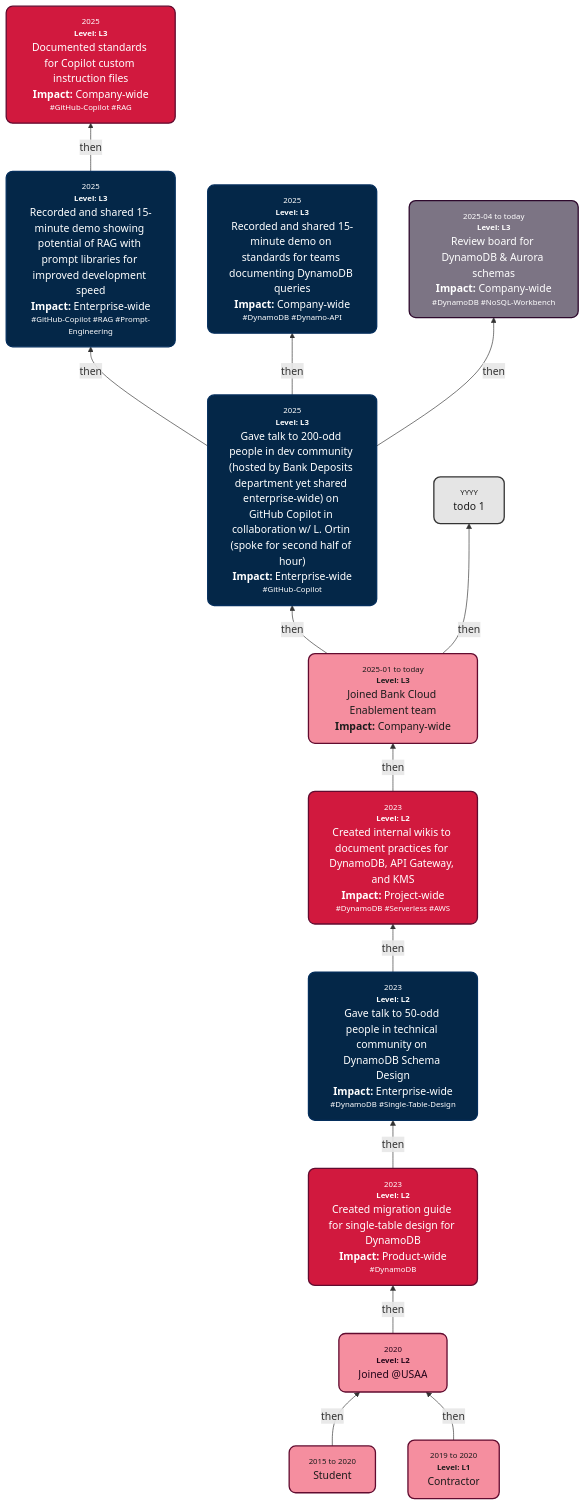
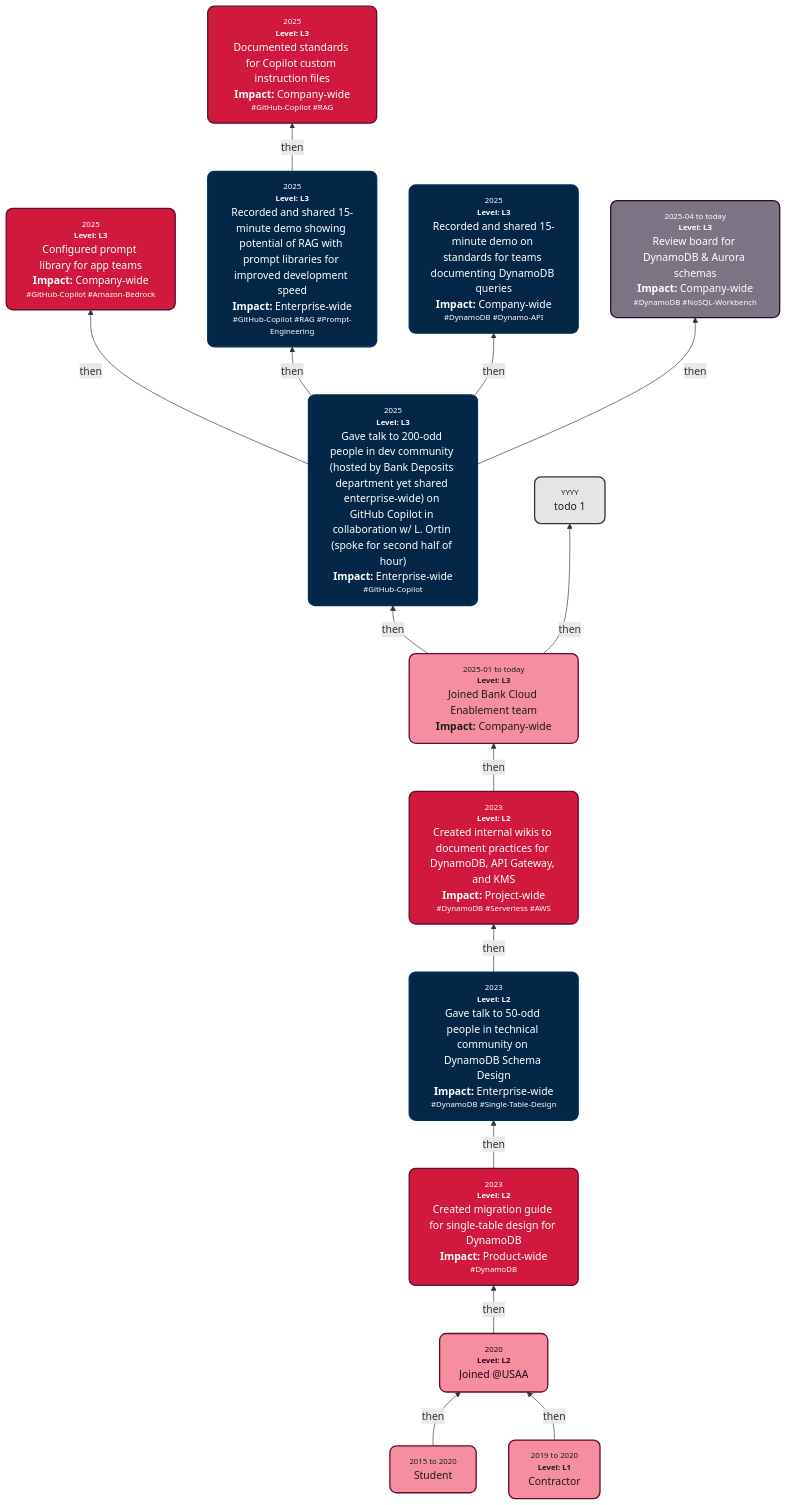
Before and after one commit to s-sepanski/portfolio: the diagram in README.md, drawn with Mermaid.

Commit message:
task: add node

````diff
--- a/README.md
+++ b/README.md
@@ -39,30 +39,32 @@
 ```mermaid
 graph BT
     PreStudentNode["<div style='font-size:75%;  color:#848484; text-align:center;'>2015 to 2020</div>Student"] -->|then| A["<div style='font-size:75%; color:#848484; text-align:center;'>2020</div><div style='font-size:75%; color:#848484; text-align:center;'><b>Level: L2</b><br/></div>Joined @USAA<br>"]
     ContractorNode["<div style='font-size:75%; color:#848484; text-align:center;'>2019 to 2020</div><div style='font-size:75%; color:#848484; text-align:center;'><b>Level: L1</b></div>Contractor"] -->|then| A
     A -->|then| Creation1["<div style='font-size:75%; color:#848484; text-align:center;'>2023</div><div style='font-size:75%; color:#848484; text-align:center;'><b>Level: L2</b><br/></div>Created migration guide for single-table design for DynamoDB<br/><b>Impact: </b>Product-wide<div style='font-size:75%; color:#848484; text-align:center;'>#DynamoDB<br/></div>"]
     Creation1 -->|then| Chat["<div style='font-size:75%; color:#848484; text-align:center;'>2023</div><div style='font-size:75%; color:#848484; text-align:center;'><b>Level: L2</b><br/></div>Gave talk to 50-odd people in technical community on DynamoDB Schema Design<br/><b>Impact: </b>Enterprise-wide<div style='font-size:75%; color:#848484; text-align:center;'>#DynamoDB #Single-Table-Design<br/></div>"]
     Chat -->|then| Creation2["<div style='font-size:75%; color:#848484; text-align:center;'>2023</div><div style='font-size:75%; color:#848484; text-align:center;'><b>Level: L2</b><br/></div>Created internal wikis to document practices for DynamoDB, API Gateway, and KMS<br/><b>Impact: </b>Project-wide<div style='font-size:75%; color:#848484; text-align:center;'>#DynamoDB #Serverless #AWS<br/></div>"]
     Creation2 -->|then| B["<div style='font-size:75%; color:#848484; text-align:center;'>2025-01 to today</div><div style='font-size:75%; color:#848484; text-align:center;'><b>Level: L3</b><br/></div>Joined Bank Cloud Enablement team<br/><b>Impact: </b>Company-wide"]
     B -->|then| C["<div style='font-size:75%; color:#848484; text-align:center;'>2025</div><div style='font-size:75%; color:#848484; text-align:center;'><b>Level: L3</b><br/></div>Gave talk to 200-odd people in dev community (hosted by Bank Deposits department yet shared enterprise-wide) on GitHub Copilot in collaboration w/ L. Ortin (spoke for second half of hour)<br/><b>Impact: </b>Enterprise-wide<div style='font-size:75%; color:#848484; text-align:center;'>#GitHub-Copilot<br/></div>"]
+    C -->|then| CreationPromptLib["<div style='font-size:75%; color:#848484; text-align:center;'>2025</div><div style='font-size:75%; color:#848484; text-align:center;'><b>Level: L3</b><br/></div>Configured prompt library for app teams<br/><b>Impact: </b>Company-wide<div style='font-size:75%; color:#848484; text-align:center;'>#GitHub-Copilot #Amazon-Bedrock<br/></div>"]
     C -->|then| D["<div style='font-size:75%; color:#848484; text-align:center;'>2025</div><div style='font-size:75%; color:#848484; text-align:center;'><b>Level: L3</b><br/></div>Recorded and shared 15-minute demo showing potential of RAG with prompt libraries for improved development speed<br/><b>Impact: </b>Enterprise-wide<div style='font-size:75%; color:#848484; text-align:center;'>#GitHub-Copilot #RAG #Prompt-Engineering<br/></div>"]
     C -->|then| Chat2["<div style='font-size:75%; color:#848484; text-align:center;'>2025</div><div style='font-size:75%; color:#848484; text-align:center;'><b>Level: L3</b><br/></div>Recorded and shared 15-minute demo on standards for teams documenting DynamoDB queries<br/><b>Impact: </b>Company-wide<div style='font-size:75%; color:#848484; text-align:center;'>#DynamoDB #Dynamo-API<br/></div>"]
     B -->|then| E["<div style='font-size:75%; color:#848484; text-align:center;'>YYYY</div>todo 1"]
     C -->|then| F["<div style='font-size:75%; color:#848484; text-align:center;'>2025-04 to today</div><div style='font-size:75%; color:#848484; text-align:center;'><b>Level: L3</b><br/></div>Review board for DynamoDB & Aurora schemas<br/><b>Impact: </b>Company-wide<div style='font-size:75%; color:#848484; text-align:center;'>#DynamoDB #NoSQL-Workbench<br/></div>"]
     D -->|then| G["<div style='font-size:75%; color:#848484; text-align:center;'>2025</div><div style='font-size:75%; color:#848484; text-align:center;'><b>Level: L3</b><br/></div>Documented standards for Copilot custom instruction files<br/><b>Impact: </b>Company-wide<div style='font-size:75%; color:#848484; text-align:center;'>#GitHub-Copilot #RAG<br/></div>"]
     style PreStudentNode fill:#f58e9f,stroke:#610b2f,stroke-width:2px,color:#1c1c1c
     style ContractorNode fill:#f58e9f,stroke:#610b2f,stroke-width:2px,color:#1c1c1c
     style A fill:#f58e9f,stroke:#610b2f,stroke-width:2px,color:#230519
     style Creation1 fill:#d1193e,stroke:#610b2f,stroke-width:2px,color:#FFFFFF
     style Chat fill:#042748,stroke:#042e5c,stroke-width:2px,color:#FFFFFF
     style Creation2 fill:#d1193e,stroke:#610b2f,stroke-width:2px,color:#FFFFFF
     style B fill:#f58e9f,stroke:#610b2f,stroke-width:2px,color:#1c1c1c
     style C fill:#042748,stroke:#042e5c,stroke-width:2px,color:#FFFFFF
     style D fill:#042748,stroke:#042e5c,stroke-width:2px,color:#FFFFFF
     style E fill:#e5e5e5,stroke:#343434,stroke-width:2px,color:#1c1c1c
     style F fill:#7c7484,stroke:#2e092d,stroke-width:2px,color:#FFFFFF
     style G fill:#d1193e,stroke:#610b2f,stroke-width:2px,color:#FFFFFF
     style Chat2 fill:#042748,stroke:#042e5c,stroke-width:2px,color:#FFFFFF
+    style CreationPromptLib fill:#d1193e,stroke:#610b2f,stroke-width:2px,color:#FFFFFF
     classDef rounded stroke-width:2px,rx:10,ry:10;
-    class PreStudentNode,ContractorNode,A,Creation1,Chat,Creation2,B,C,D,E,F,G,Chat2 rounded;
+    class PreStudentNode,ContractorNode,A,Creation1,Chat,Creation2,B,C,D,E,F,G,Chat2,CreationPromptLib rounded;
 ```
````
